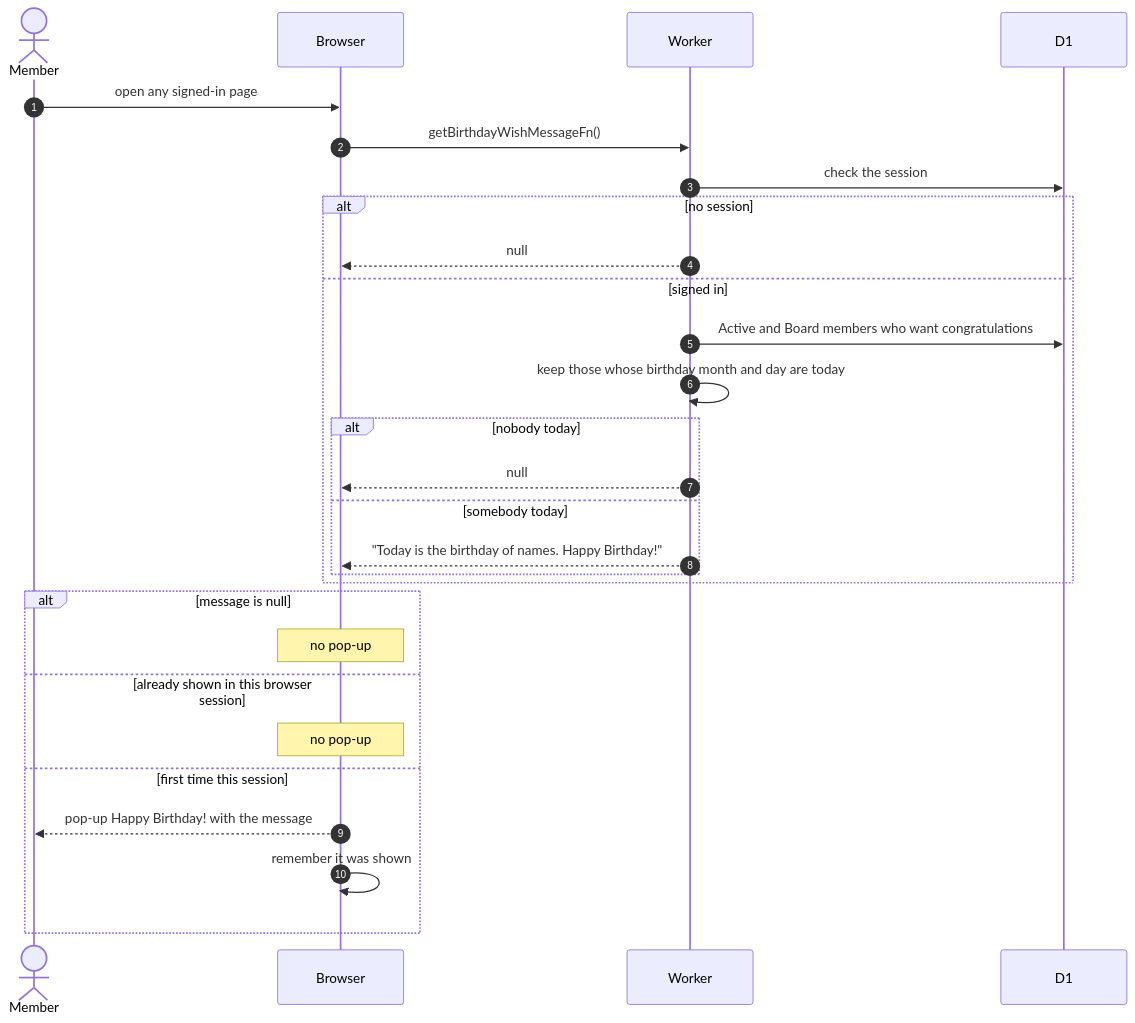
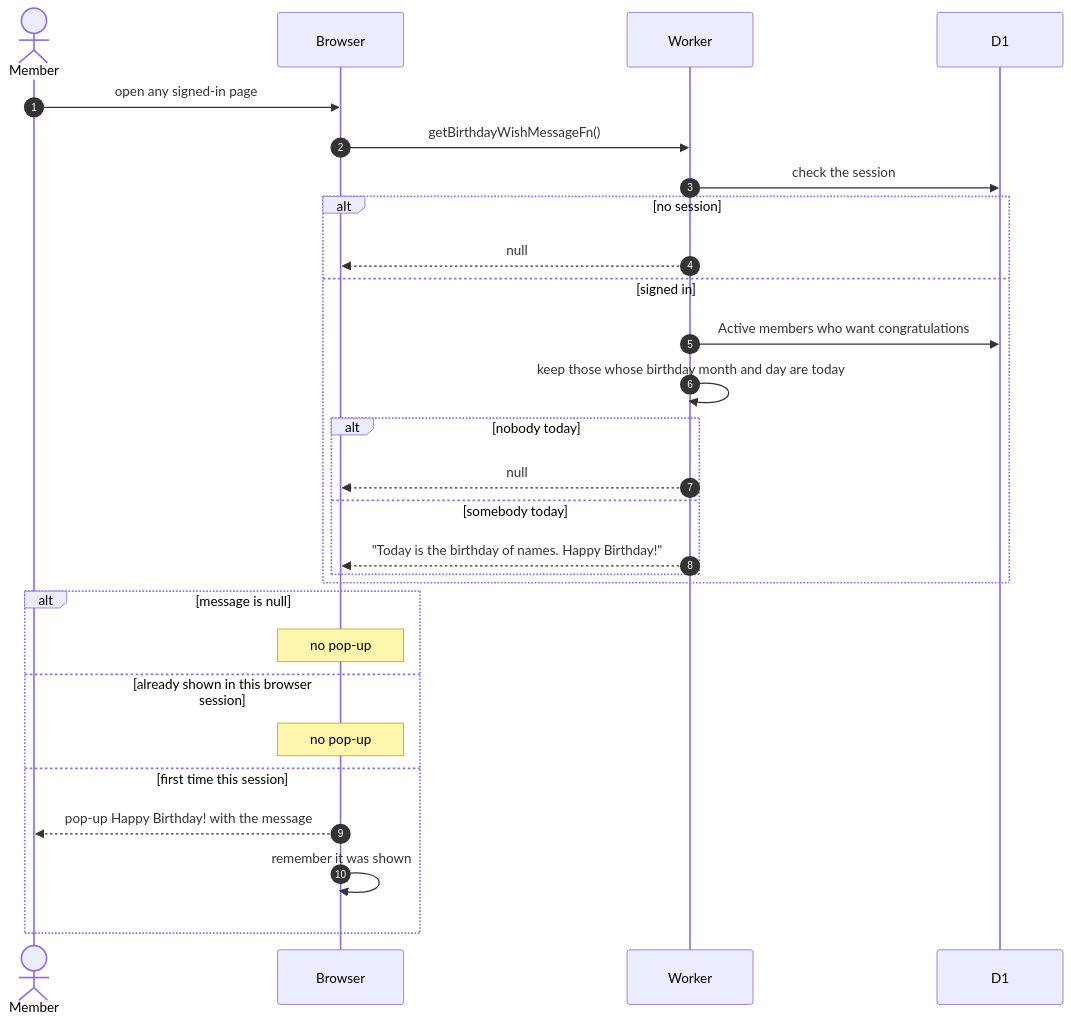
The diagram in docs/scenarios/admin/birthday-wish.md (sagyzdop/meriksirat), drawn with Mermaid before and after one commit. The commit also changed other lines of this file and 45 other files, not shown here.

````diff
--- a/docs/scenarios/admin/birthday-wish.md
+++ b/docs/scenarios/admin/birthday-wish.md
@@ -14,31 +14,31 @@
 ```mermaid
 sequenceDiagram
     autonumber
     actor Person as Member
     participant Browser
     participant Worker
     participant D1
 
     Person->>Browser: open any signed-in page
     Browser->>Worker: getBirthdayWishMessageFn()
     Worker->>D1: check the session
     alt no session
         Worker-->>Browser: null
     else signed in
-        Worker->>D1: Active and Board members who want congratulations
+        Worker->>D1: Active members who want congratulations
         Worker->>Worker: keep those whose birthday month and day are today
         alt nobody today
             Worker-->>Browser: null
         else somebody today
             Worker-->>Browser: "Today is the birthday of names. Happy Birthday!"
         end
     end
     alt message is null
         Note over Browser: no pop-up
     else already shown in this browser session
         Note over Browser: no pop-up
     else first time this session
         Browser-->>Person: pop-up Happy Birthday! with the message
         Browser->>Browser: remember it was shown
     end
 ```
````
